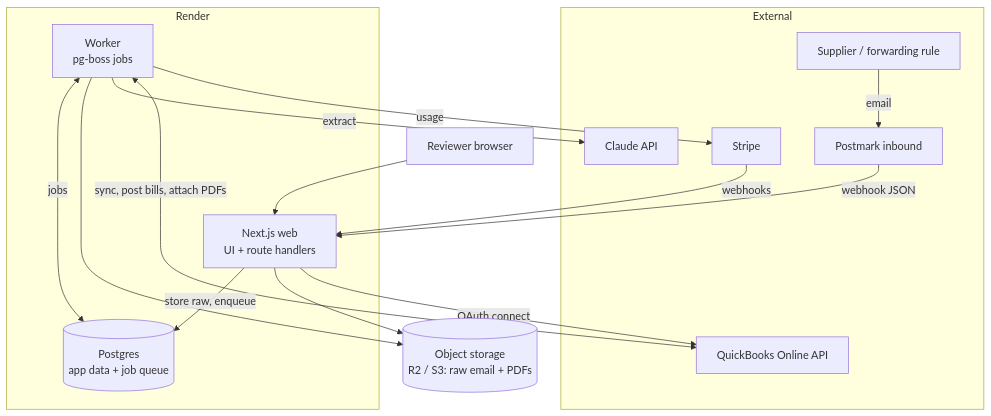
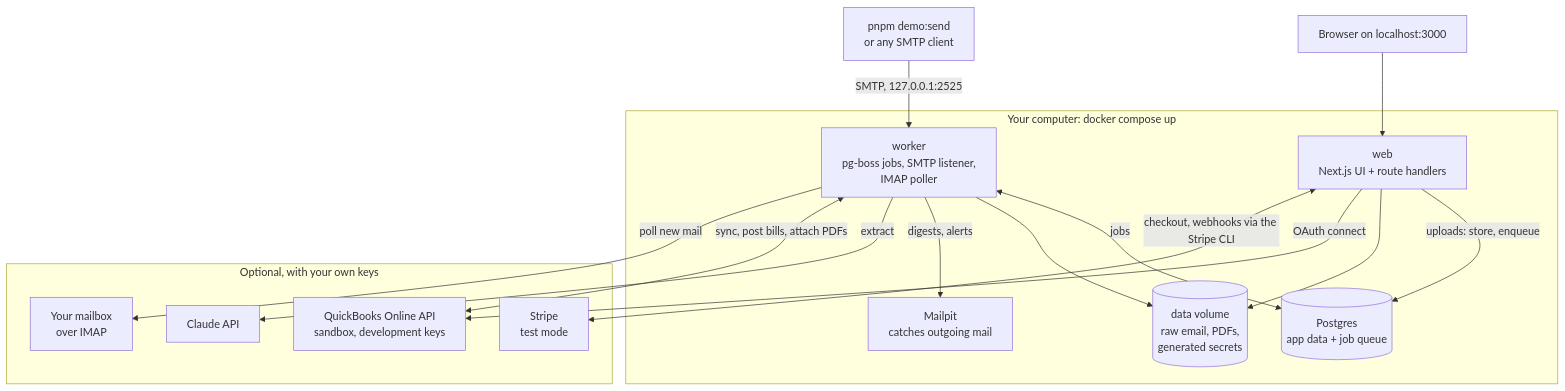
One commit to aryanonline/ap-agent-kit changed the first of 3 diagrams in docs/04-architecture.md. Above: the diagram before and after it, drawn with Mermaid. The commit also changed other lines of this file and 13 other files, not shown here.

````diff
--- a/docs/04-architecture.md
+++ b/docs/04-architecture.md
@@ -16,30 +17,30 @@
 ```mermaid
 flowchart TB
-  subgraph External
-    SUP[Supplier / forwarding rule]
-    PM[Postmark inbound]
-    QBO[QuickBooks Online API]
-    CL[Claude API]
-    ST[Stripe]
+  subgraph Local["Your computer: docker compose up"]
+    WEB[web<br/>Next.js UI + route handlers]
+    WK[worker<br/>pg-boss jobs, SMTP listener,<br/>IMAP poller]
+    DB[(Postgres<br/>app data + job queue)]
+    FS[(data volume<br/>raw email, PDFs,<br/>generated secrets)]
+    MP[Mailpit<br/>catches outgoing mail]
   end
 
-  subgraph Render
-    WEB[Next.js web<br/>UI + route handlers]
-    WK[Worker<br/>pg-boss jobs]
-    DB[(Postgres<br/>app data + job queue)]
+  subgraph Optional["Optional, with your own keys"]
+    CL[Claude API]
+    QBO[QuickBooks Online API<br/>sandbox, development keys]
+    MB[Your mailbox<br/>over IMAP]
+    ST[Stripe<br/>test mode]
   end
 
-  OBJ[(Object storage<br/>R2 / S3: raw email + PDFs)]
-
-  SUP -->|email| PM -->|webhook JSON| WEB
-  WEB -->|store raw, enqueue| DB
-  WEB --> OBJ
+  USER[Browser on localhost:3000] --> WEB
+  SEND[pnpm demo:send<br/>or any SMTP client] -->|SMTP, 127.0.0.1:2525| WK
+  WEB -->|uploads: store, enqueue| DB
+  WEB --> FS
   WK <-->|jobs| DB
-  WK --> OBJ
+  WK --> FS
+  WK -->|digests, alerts| MP
   WK -->|extract| CL
   WK <-->|sync, post bills, attach PDFs| QBO
-  WK -->|usage| ST
-  ST -->|webhooks| WEB
+  WK -->|poll new mail| MB
   WEB -->|OAuth connect| QBO
-  USER[Reviewer browser] --> WEB
+  WEB <-->|checkout, webhooks via the Stripe CLI| ST
 ```
````
